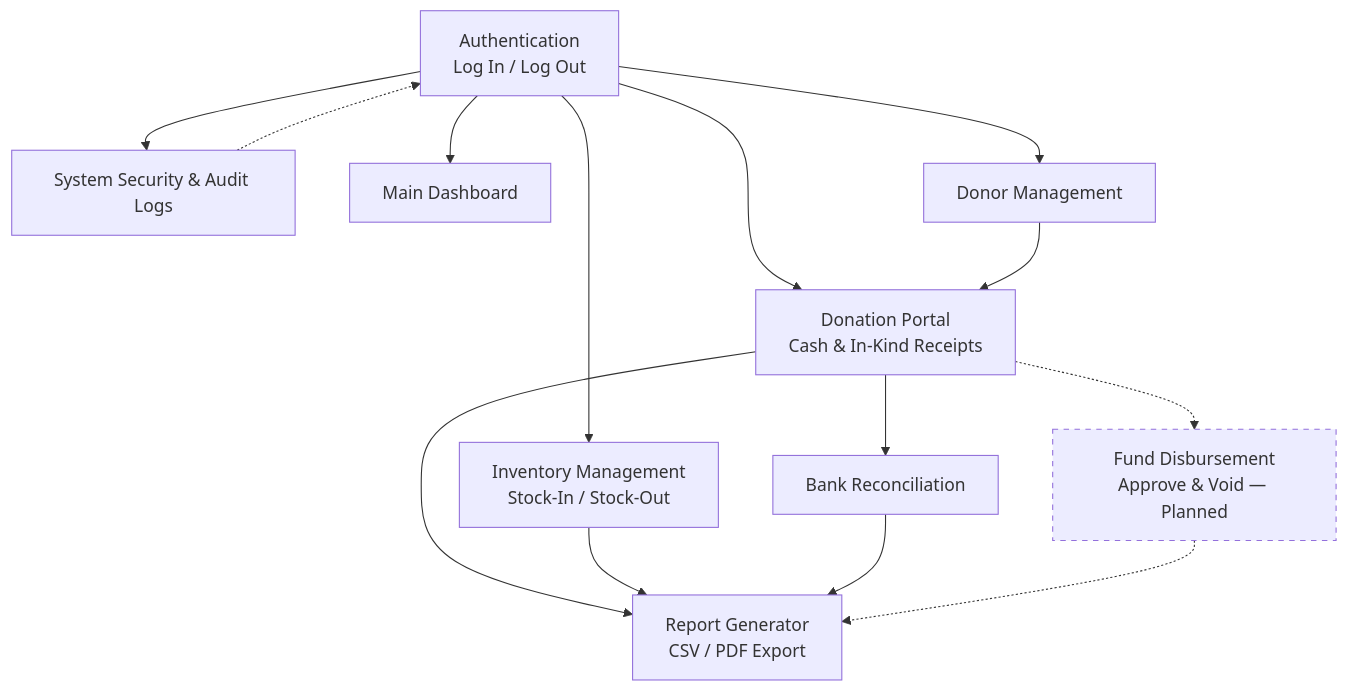
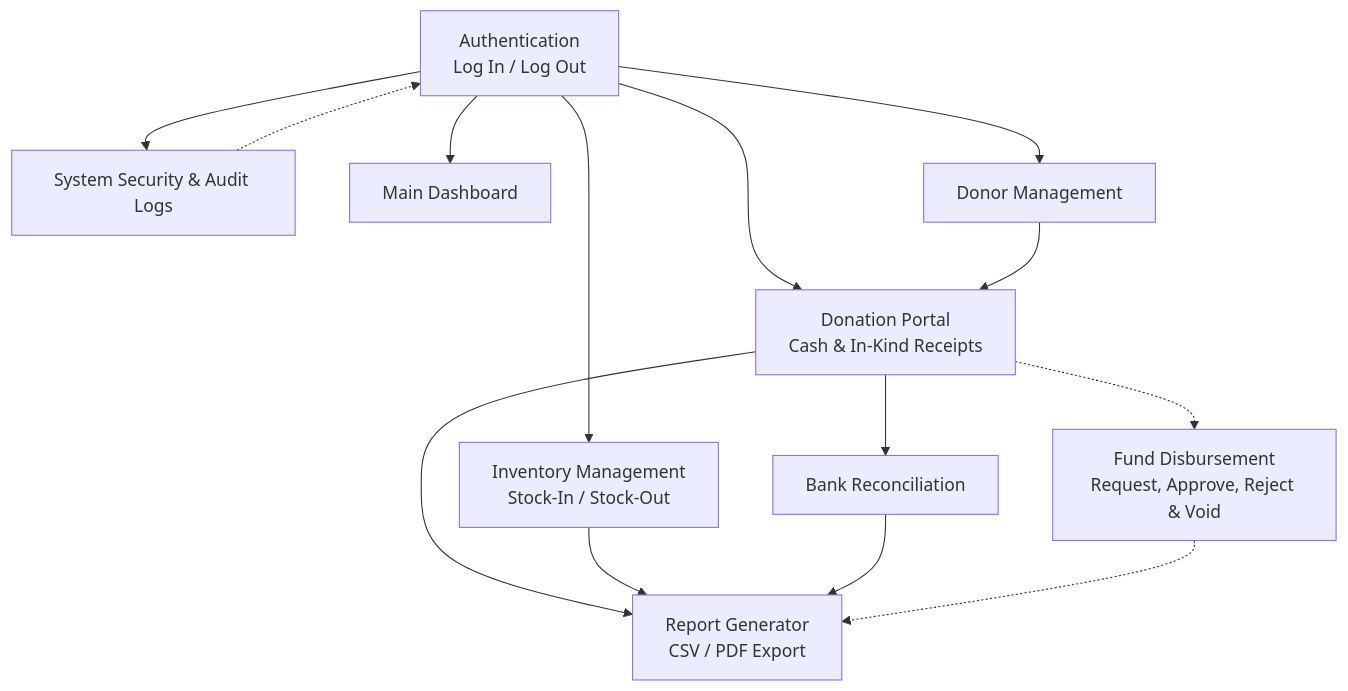
One commit to JULZZ1st/capstone-project changed the diagram in docs/PROJECT_REQUIREMENTS.md. Above: the diagram before and after it, drawn with Mermaid. The commit also changed other lines of this file and 18 other files, not shown here.

Commit message:
feat: complete fund disbursement and outgoing bank reconciliation workflow

````diff
--- a/docs/PROJECT_REQUIREMENTS.md
+++ b/docs/PROJECT_REQUIREMENTS.md
@@ -147,32 +147,30 @@
 ```mermaid
 graph TD
     Auth[Authentication<br/>Log In / Log Out]
     Security[System Security & Audit Logs]
     Dashboard[Main Dashboard]
     Donor[Donor Management]
     Donation[Donation Portal<br/>Cash & In-Kind Receipts]
     Inventory[Inventory Management<br/>Stock-In / Stock-Out]
     BankRecon[Bank Reconciliation]
     Reports[Report Generator<br/>CSV / PDF Export]
-    Disbursement[Fund Disbursement<br/>Approve & Void — Planned]
+    Disbursement[Fund Disbursement<br/>Request, Approve, Reject & Void]
 
     Auth --> Dashboard
     Auth --> Security
     Auth --> Donor
     Auth --> Donation
     Auth --> Inventory
 
     Donor --> Donation
     Donation --> BankRecon
     Donation --> Reports
     Inventory --> Reports
     BankRecon --> Reports
 
     Donation -.-> Disbursement
     Disbursement -.-> Reports
 
     Security -.-> Auth
 
-    classDef planned stroke-dasharray: 5 5;
-    class Disbursement planned;
 ```
````
